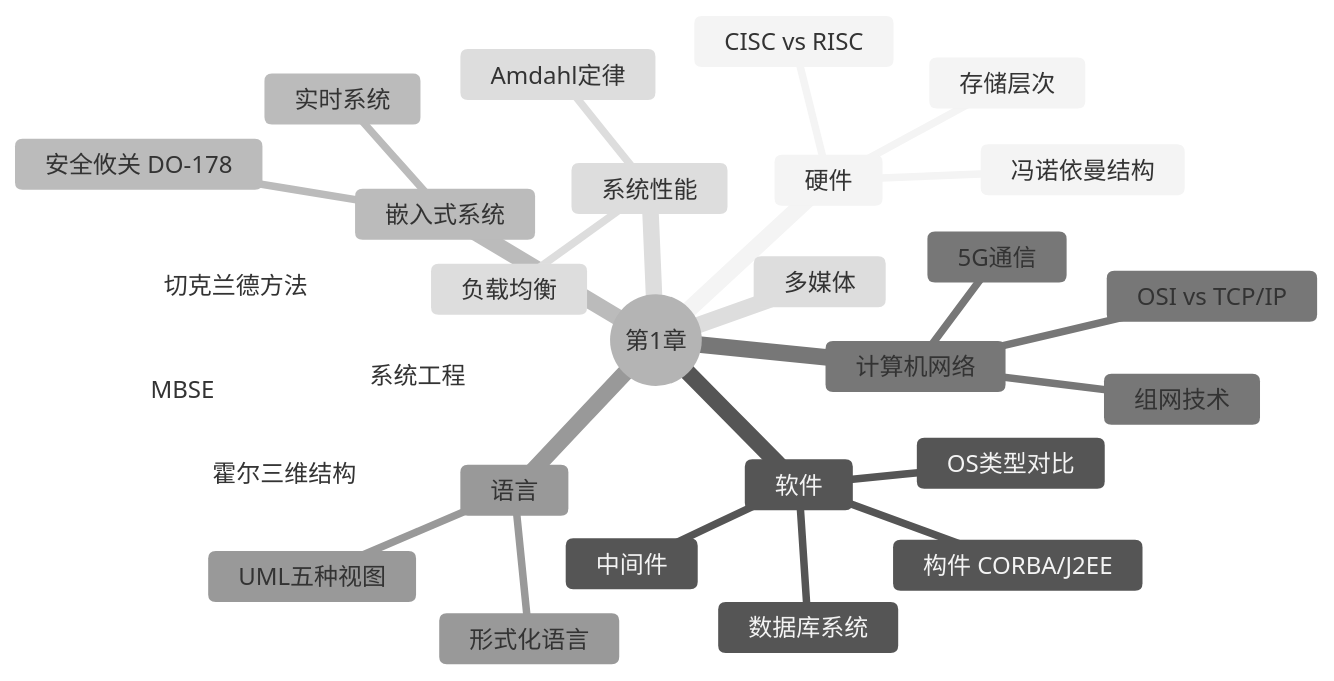
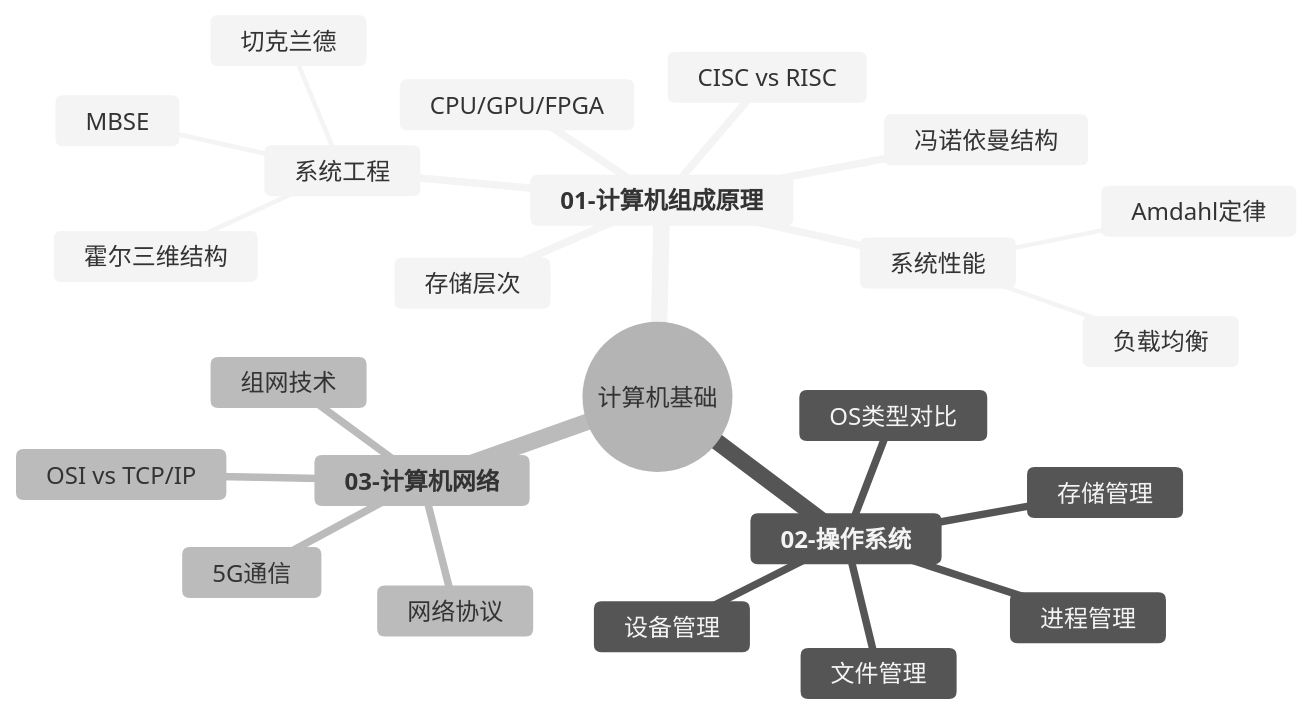
Before and after one commit to wanlinruo/system-architect-exam-prep: the sixth of 9 diagrams in 01-综合知识/00-综合知识全景图.md, drawn with Mermaid (neutral theme). The commit also changed other lines of this file and 2 other files, not shown here.

First line of the commit message:
docs(A3): 更新综合知识全景图，对齐红宝书16文件结构

````diff
--- a/01-综合知识/00-综合知识全景图.md
+++ b/01-综合知识/00-综合知识全景图.md
@@ -157,31 +182,27 @@
 ```mermaid
 mindmap
-  root((第1章))
-    硬件
+  root((计算机基础))
+    **01-计算机组成原理**
       冯诺依曼结构
       CISC vs RISC
       存储层次
-    软件
+      CPU/GPU/FPGA
+      系统工程
+        霍尔三维结构
+        切克兰德
+        MBSE
+      系统性能
+        Amdahl定律
+        负载均衡
+    **02-操作系统**
+      进程管理
+      存储管理
+      文件管理
+      设备管理
       OS类型对比
-      数据库系统
-      中间件
-      构件 CORBA/J2EE
-    嵌入式系统
-      实时系统
-      安全攸关 DO-178
-    计算机网络
+    **03-计算机网络**
       OSI vs TCP/IP
       5G通信
       组网技术
-    语言
-      UML五种视图
-      形式化语言
-    多媒体
-    系统工程
-      霍尔三维结构
-      切克兰德方法
-      MBSE
-    系统性能
-      Amdahl定律
-      负载均衡
+      网络协议
 ```
````
